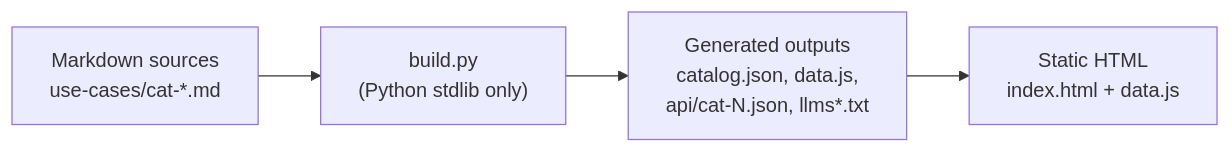
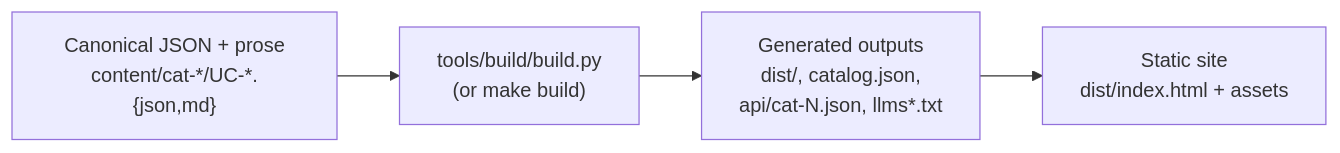
Before and after one commit to fenre/splunk-monitoring-use-cases: the diagram in docs/replication-guide.md, drawn with Mermaid. The commit also changed other lines of this file and 50 other files, not shown here.

````diff
--- a/docs/replication-guide.md
+++ b/docs/replication-guide.md
@@ -47,9 +47,9 @@
 ```mermaid
 flowchart LR
-    md["Markdown sources<br/>use-cases/cat-*.md"]
-    build["build.py<br/>(Python stdlib only)"]
-    out["Generated outputs<br/>catalog.json, data.js,<br/>api/cat-N.json, llms*.txt"]
-    ui["Static HTML<br/>index.html + data.js"]
+    content["Canonical JSON + prose<br/>content/cat-*/UC-*.{json,md}"]
+    build["tools/build/build.py<br/>(or make build)"]
+    out["Generated outputs<br/>dist/, catalog.json,<br/>api/cat-N.json, llms*.txt"]
+    ui["Static site<br/>dist/index.html + assets"]
 
-    md --> build --> out --> ui
+    content --> build --> out --> ui
 ```
````
